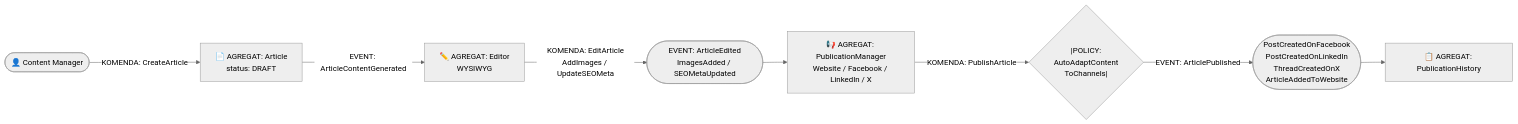
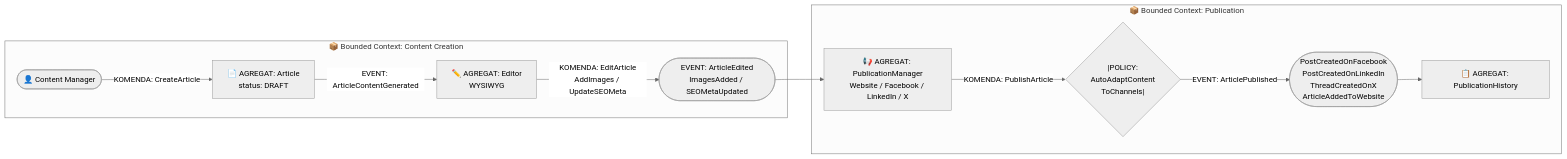
The first of 2 diagrams in 03-Event-Storming-AS-IS-TO-BE.md (NikopolNiko/floowe-project), drawn with Mermaid (neutral theme) before and after one commit. The commit also changed other lines of this file, not shown here.

Commit message:
Fix: Bounded Context w diagramach Mermaid, korekta literowek w sekcji 6

````diff
--- a/03-Event-Storming-AS-IS-TO-BE.md
+++ b/03-Event-Storming-AS-IS-TO-BE.md
@@ -20,10 +20,22 @@
 ```mermaid
 flowchart LR
-    A1(["👤 Content Manager"]) -->|"KOMENDA: CreateArticle"| AGG1["📄 AGREGAT: Article\nstatus: DRAFT"]
-    AGG1 -->|"EVENT: ArticleContentGenerated"| AGG2["✏️ AGREGAT: Editor\nWYSIWYG"]
-    AGG2 -->|"KOMENDA: EditArticle\nAddImages / UpdateSEOMeta"| EVT1(["EVENT: ArticleEdited\nImagesAdded / SEOMetaUpdated"])
-    EVT1 --> AGG3["📢 AGREGAT: PublicationManager\nWebsite / Facebook / LinkedIn / X"]
-    AGG3 -->|"KOMENDA: PublishArticle"| POL1{"|POLICY:\nAutoAdaptContent\nToChannels|"}
-    POL1 -->|"EVENT: ArticlePublished"| EVT2(["PostCreatedOnFacebook\nPostCreatedOnLinkedIn\nThreadCreatedOnX\nArticleAddedToWebsite"])
-    EVT2 --> AGG4["📋 AGREGAT: PublicationHistory"]
+    subgraph BC1["📦 Bounded Context: Content Creation"]
+        A1(["👤 Content Manager"])
+        AGG1["📄 AGREGAT: Article\nstatus: DRAFT"]
+        AGG2["✏️ AGREGAT: Editor\nWYSIWYG"]
+        EVT1(["EVENT: ArticleEdited\nImagesAdded / SEOMetaUpdated"])
+    end
+    subgraph BC2["📦 Bounded Context: Publication"]
+        AGG3["📢 AGREGAT: PublicationManager\nWebsite / Facebook / LinkedIn / X"]
+        POL1{"|POLICY:\nAutoAdaptContent\nToChannels|"}
+        EVT2(["PostCreatedOnFacebook\nPostCreatedOnLinkedIn\nThreadCreatedOnX\nArticleAddedToWebsite"])
+        AGG4["📋 AGREGAT: PublicationHistory"]
+    end
+    A1 -->|"KOMENDA: CreateArticle"| AGG1
+    AGG1 -->|"EVENT: ArticleContentGenerated"| AGG2
+    AGG2 -->|"KOMENDA: EditArticle\nAddImages / UpdateSEOMeta"| EVT1
+    EVT1 --> AGG3
+    AGG3 -->|"KOMENDA: PublishArticle"| POL1
+    POL1 -->|"EVENT: ArticlePublished"| EVT2
+    EVT2 --> AGG4
 ```
````
